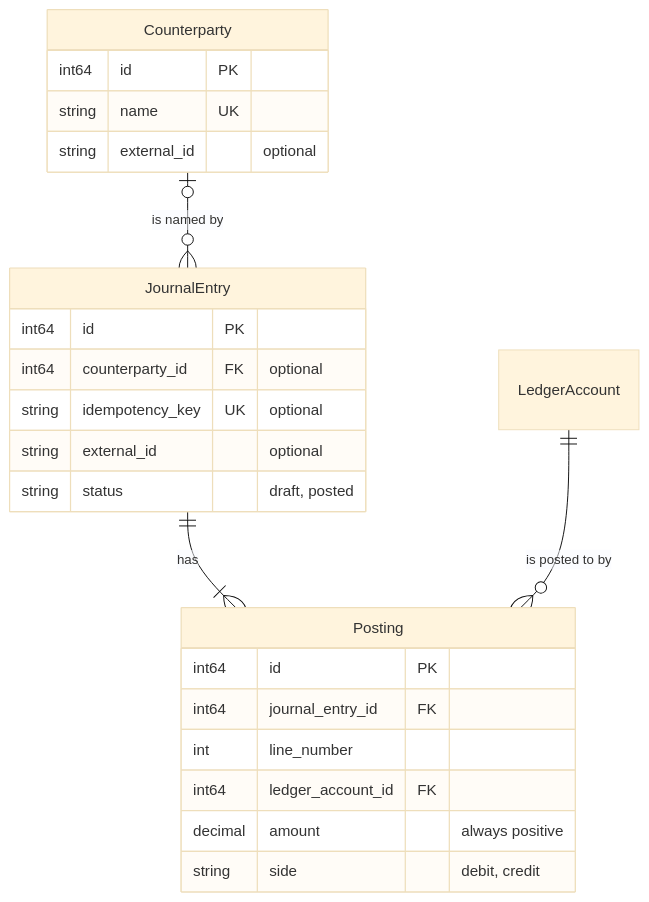
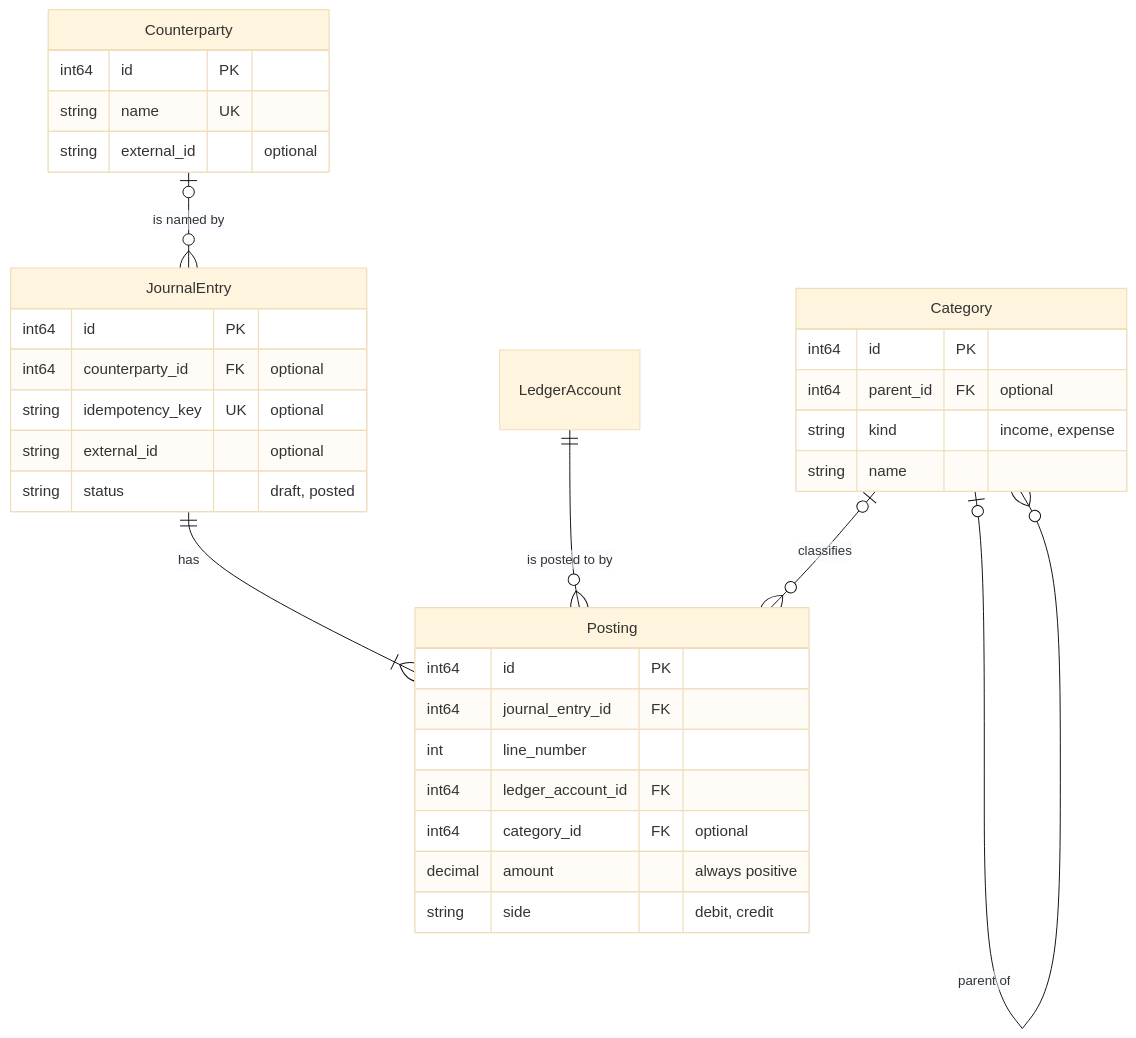
Before and after one commit to logicorg/ivfs: the second of 4 diagrams in docs/onboarding/entity_relationships.md, drawn with Mermaid (base theme). The commit also changed other lines of this file and 11 other files, not shown here.

````diff
--- a/docs/onboarding/entity_relationships.md
+++ b/docs/onboarding/entity_relationships.md
@@ -132,27 +131,36 @@
 ```mermaid
 erDiagram
     JournalEntry ||--|{ Posting : "has"
     LedgerAccount ||--o{ Posting : "is posted to by"
+    Category |o--o{ Posting : "classifies"
+    Category |o--o{ Category : "parent of"
     Counterparty |o--o{ JournalEntry : "is named by"
 
     JournalEntry {
         int64 id PK
         int64 counterparty_id FK "optional"
         string idempotency_key UK "optional"
         string external_id "optional"
         string status "draft, posted"
     }
     Posting {
         int64 id PK
         int64 journal_entry_id FK
         int line_number
         int64 ledger_account_id FK
+        int64 category_id FK "optional"
         decimal amount "always positive"
         string side "debit, credit"
+    }
+    Category {
+        int64 id PK
+        int64 parent_id FK "optional"
+        string kind "income, expense"
+        string name
     }
     Counterparty {
         int64 id PK
         string name UK
         string external_id "optional"
     }
 ```
````
